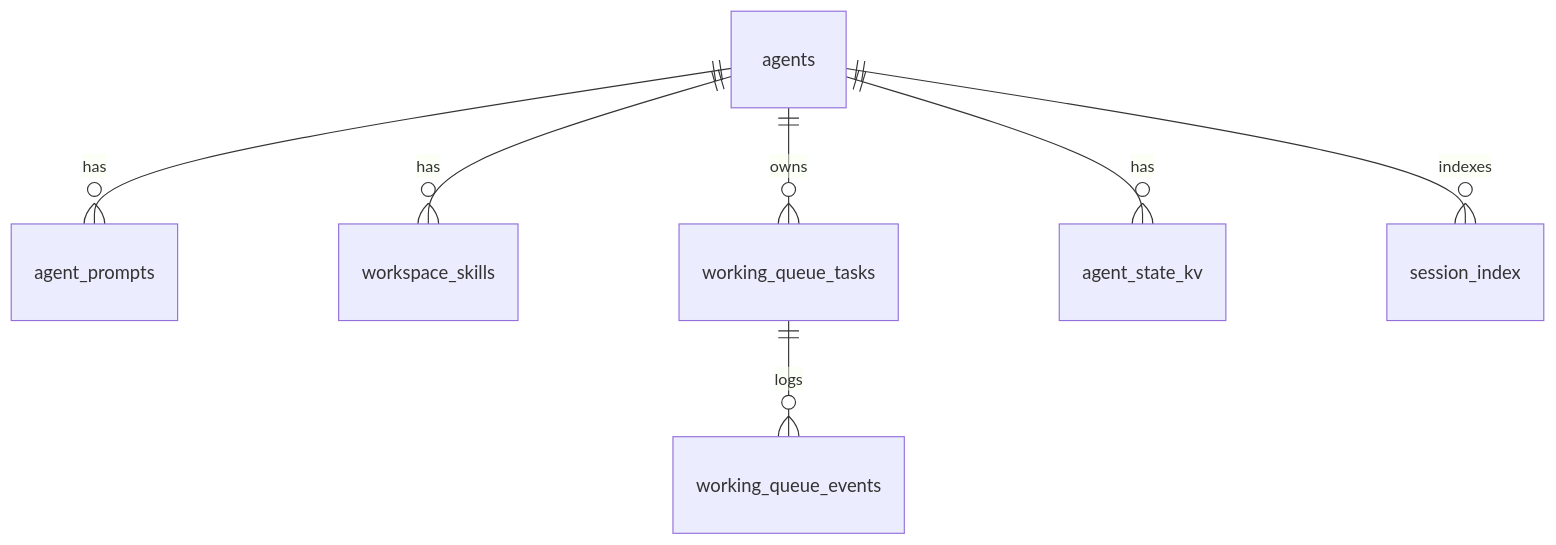
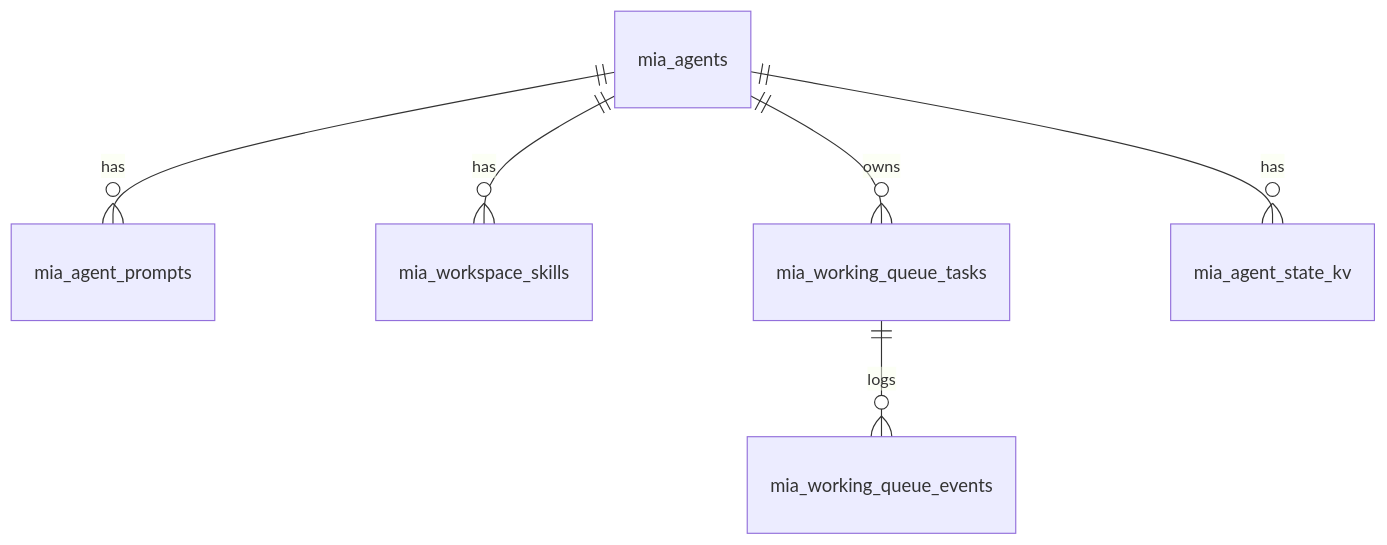
The diagram in api-center/docs/AGENT_STATE_DATABASE.md (thieule/mia), drawn with Mermaid before and after one commit. The commit also changed other lines of this file and 486 other files, not shown here.

````diff
--- a/api-center/docs/AGENT_STATE_DATABASE.md
+++ b/api-center/docs/AGENT_STATE_DATABASE.md
@@ -30,9 +46,8 @@
 ```mermaid
 erDiagram
-  agents ||--o{ agent_prompts : has
-  agents ||--o{ workspace_skills : has
-  agents ||--o{ working_queue_tasks : owns
-  agents ||--o{ agent_state_kv : has
-  working_queue_tasks ||--o{ working_queue_events : logs
-  agents ||--o{ session_index : indexes
+  mia_agents ||--o{ mia_agent_prompts : has
+  mia_agents ||--o{ mia_workspace_skills : has
+  mia_agents ||--o{ mia_working_queue_tasks : owns
+  mia_agents ||--o{ mia_agent_state_kv : has
+  mia_working_queue_tasks ||--o{ mia_working_queue_events : logs
 ```
````
